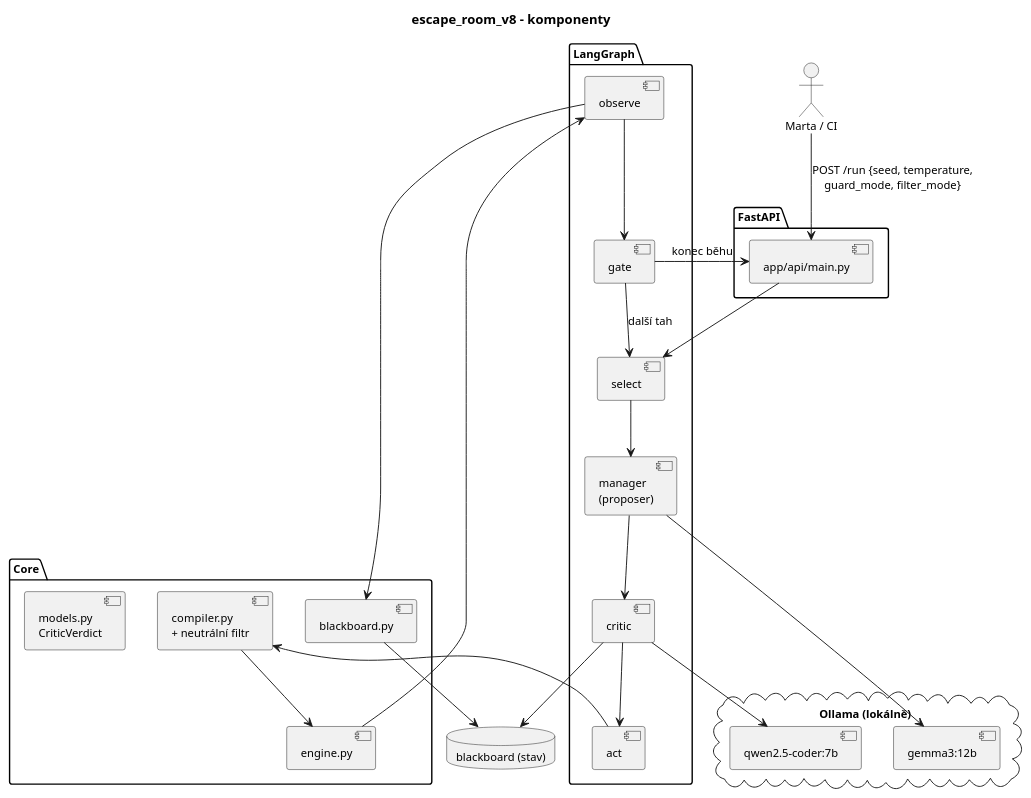
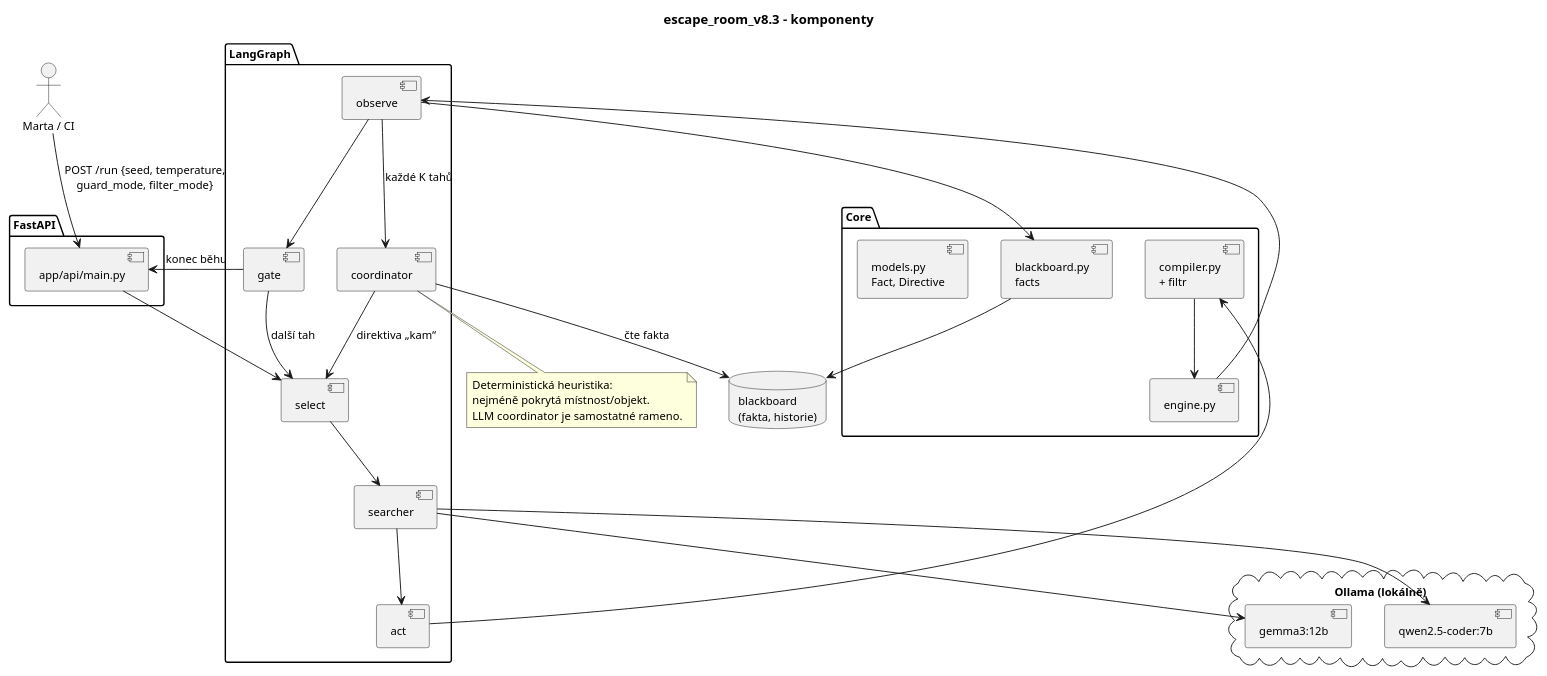
The second of 2 diagrams in docs/v8_flow.puml (martavohnoutova/escape_room_v8_docs), drawn with PlantUML before and after one commit. The commit also changed other lines of this file and 2 other files, not shown here.

Commit message:
docs: sync v8.3 (deterministic coordinator, review applied)

```diff
--- a/docs/v8_flow.puml
+++ b/docs/v8_flow.puml
@@ -51,51 +36,58 @@
 @startuml v8_components
 skinparam defaultFontSize 12
-title escape_room_v8 – komponenty
+title escape_room_v8.3 – komponenty
 
 actor "Marta / CI" as U
 
 package "FastAPI" {
   [app/api/main.py] as API
 }
 
 package "LangGraph" {
   [select] as SEL
-  [manager\n(proposer)] as P
-  [critic] as C
+  [searcher] as S
   [act] as A
   [observe] as O
+  [coordinator] as C
   [gate] as G
 }
 
 package "Core" {
   [engine.py] as E
-  [compiler.py\n+ neutrální filtr] as K
-  [blackboard.py] as B
-  [models.py\nCriticVerdict] as M
+  [compiler.py\n+ filtr] as K
+  [blackboard.py\nfacts] as B
+  [models.py\nFact, Directive] as M
 }
 
-database "blackboard (stav)" as BB
+database "blackboard\n(fakta, historie)" as BB
 
 cloud "Ollama (lokálně)" {
   [gemma3:12b] as GM
   [qwen2.5-coder:7b] as QW
 }
 
 U --> API : POST /run {seed, temperature,\nguard_mode, filter_mode}
 API --> SEL
-SEL --> P
-P --> GM
-P --> C
-C --> QW
-C --> BB
-C --> A
+SEL --> S
+S --> GM
+S --> QW
+S --> A
 A --> K
 K --> E
 E --> O
 O --> B
 B --> BB
+O --> C : každé K tahů
+C --> BB : čte fakta
+C --> SEL : direktiva „kam“
 O --> G
 G --> SEL : další tah
 G --> API : konec běhu
 
+note bottom of C
+  Deterministická heuristika:
+  nejméně pokrytá místnost/objekt.
+  LLM coordinator je samostatné rameno.
+end note
+
 @enduml
```
